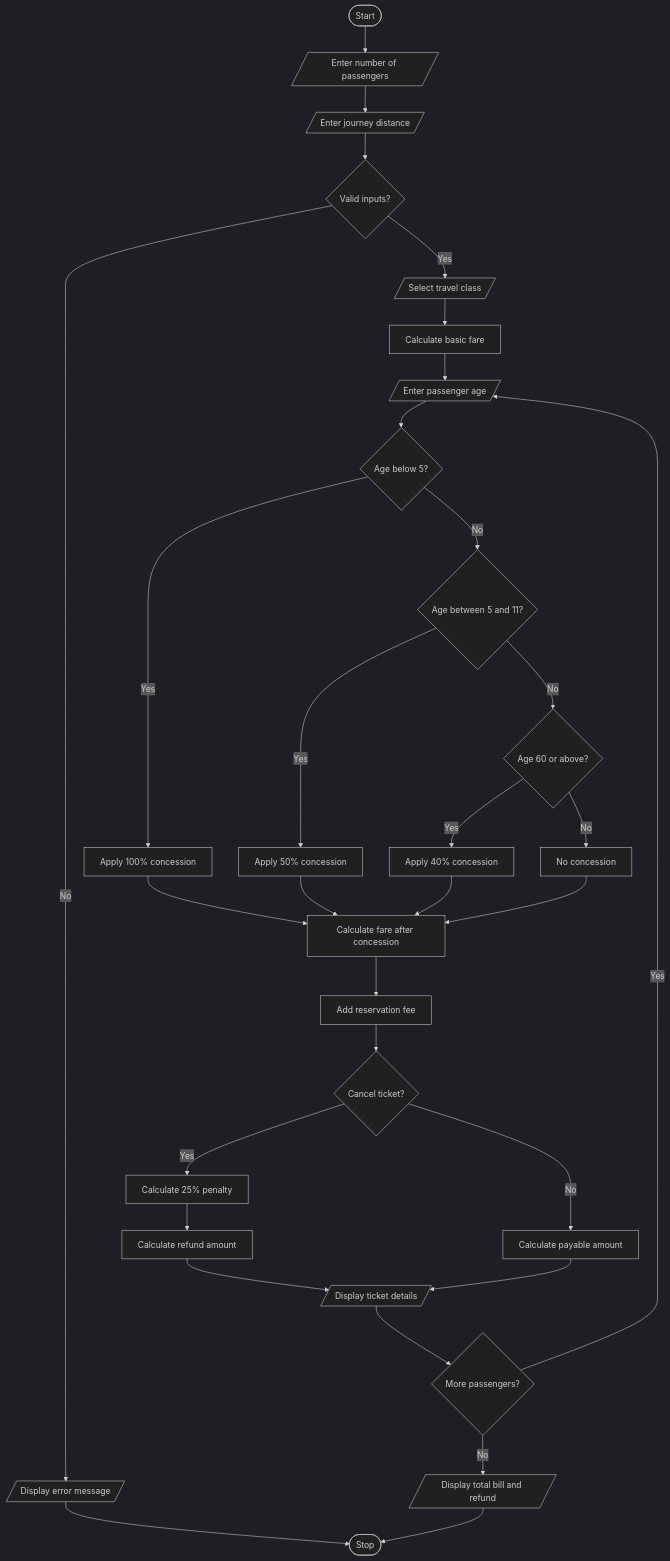
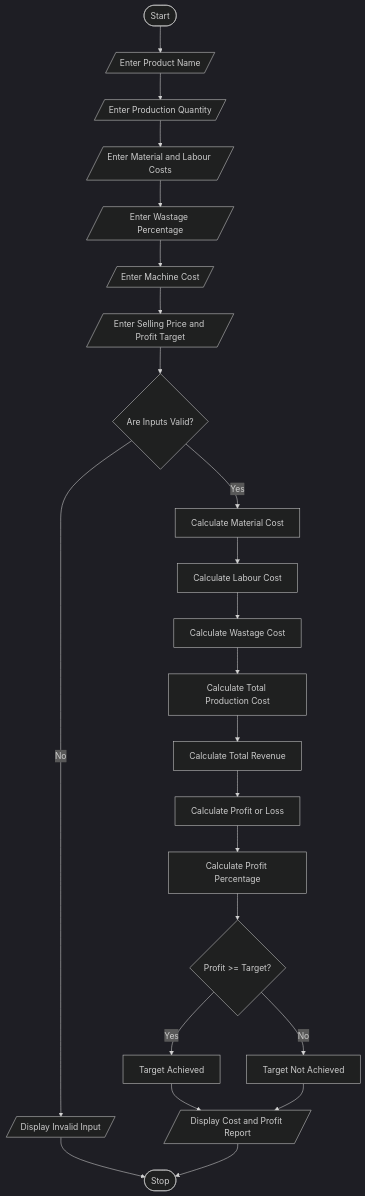
The diagram in Task2/code.md (navya-23-prog/python-Activity-base-learning), drawn with Mermaid (dark theme) before and after one commit. The commit also changed other lines of this file, not shown here.

````diff
--- a/Task2/code.md
+++ b/Task2/code.md
@@ -47,35 +68,26 @@
-```Mermaid
+```mermaid
+
 flowchart TD
-    A([Start]) --> B[/Enter number of passengers/]
-    B --> C[/Enter journey distance/]
-    C --> D{Valid inputs?}
-    D -- No --> E[/Display error message/]
-    E --> Z([Stop])
-    D -- Yes --> F[/Select travel class/]
-    F --> G[Calculate basic fare]
-    G --> H[/Enter passenger age/]
-    H --> I{Age below 5?}
-    I -- Yes --> J[Apply 100% concession]
-    I -- No --> K{Age between 5 and 11?}
-    K -- Yes --> L[Apply 50% concession]
-    K -- No --> M{Age 60 or above?}
-    M -- Yes --> N[Apply 40% concession]
-    M -- No --> O[No concession]
-    J --> P[Calculate fare after concession]
-    L --> P
-    N --> P
-    O --> P
-    P --> Q[Add reservation fee]
-    Q --> R{Cancel ticket?}
-    R -- Yes --> S[Calculate 25% penalty]
-    S --> T[Calculate refund amount]
-    R -- No --> U[Calculate payable amount]
-    T --> V[/Display ticket details/]
-    U --> V
-    V --> W{More passengers?}
-    W -- Yes --> H
-    W -- No --> X[/Display total bill and refund/]
-    X --> Z([Stop])
-
-
+    A([Start]) --> B[/Enter Product Name/]
+    B --> C[/Enter Production Quantity/]
+    C --> D[/Enter Material and Labour Costs/]
+    D --> E[/Enter Wastage Percentage/]
+    E --> F[/Enter Machine Cost/]
+    F --> G[/Enter Selling Price and Profit Target/]
+    G --> H{Are Inputs Valid?}
+    H -- No --> I[/Display Invalid Input/]
+    I --> Z([Stop])
+    H -- Yes --> J[Calculate Material Cost]
+    J --> K[Calculate Labour Cost]
+    K --> L[Calculate Wastage Cost]
+    L --> M[Calculate Total Production Cost]
+    M --> N[Calculate Total Revenue]
+    N --> O[Calculate Profit or Loss]
+    O --> P[Calculate Profit Percentage]
+    P --> Q{Profit >= Target?}
+    Q -- Yes --> R[Target Achieved]
+    Q -- No --> S[Target Not Achieved]
+    R --> T[/Display Cost and Profit Report/]
+    S --> T
+    T --> Z([Stop])
 ```
````
